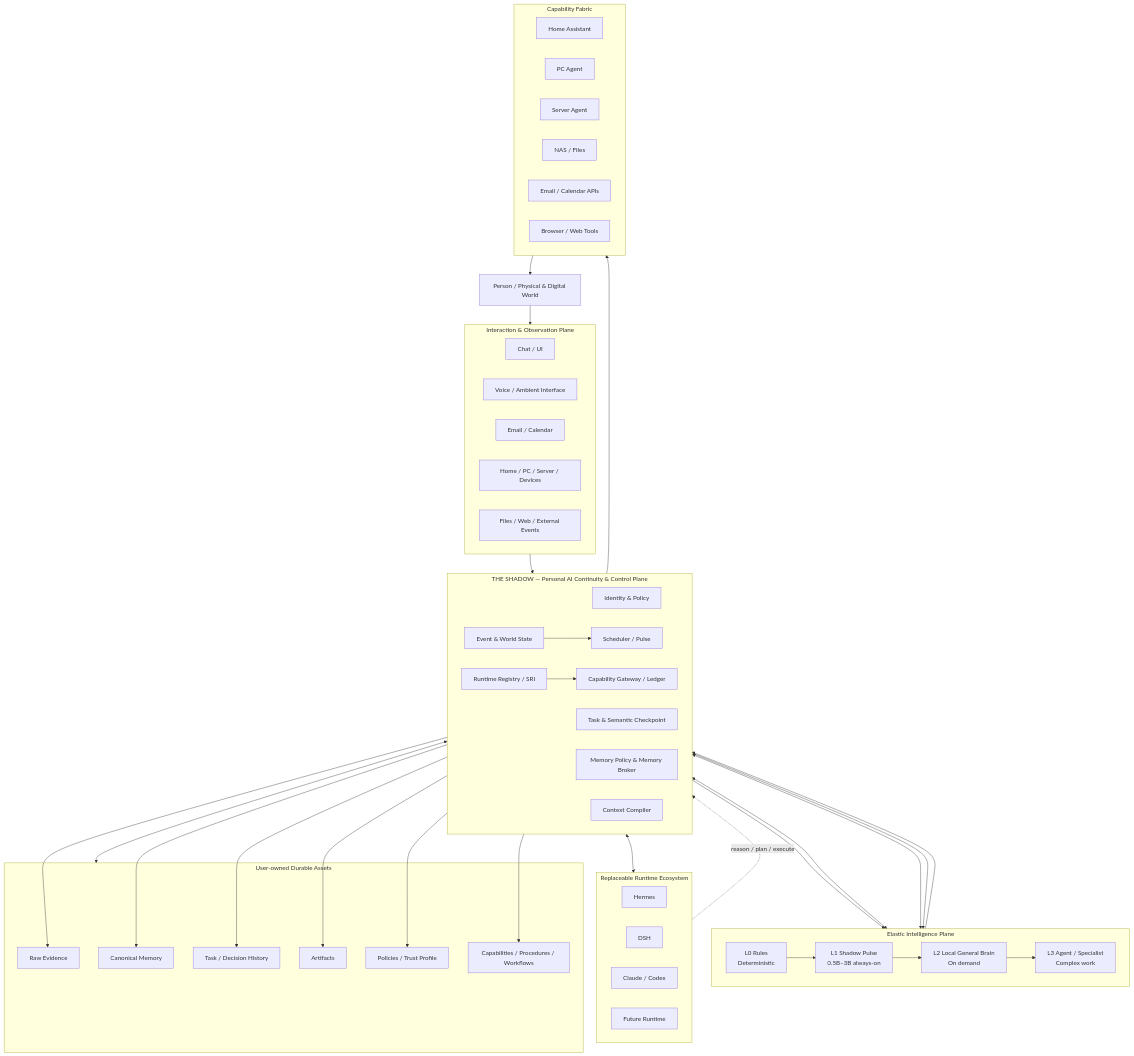
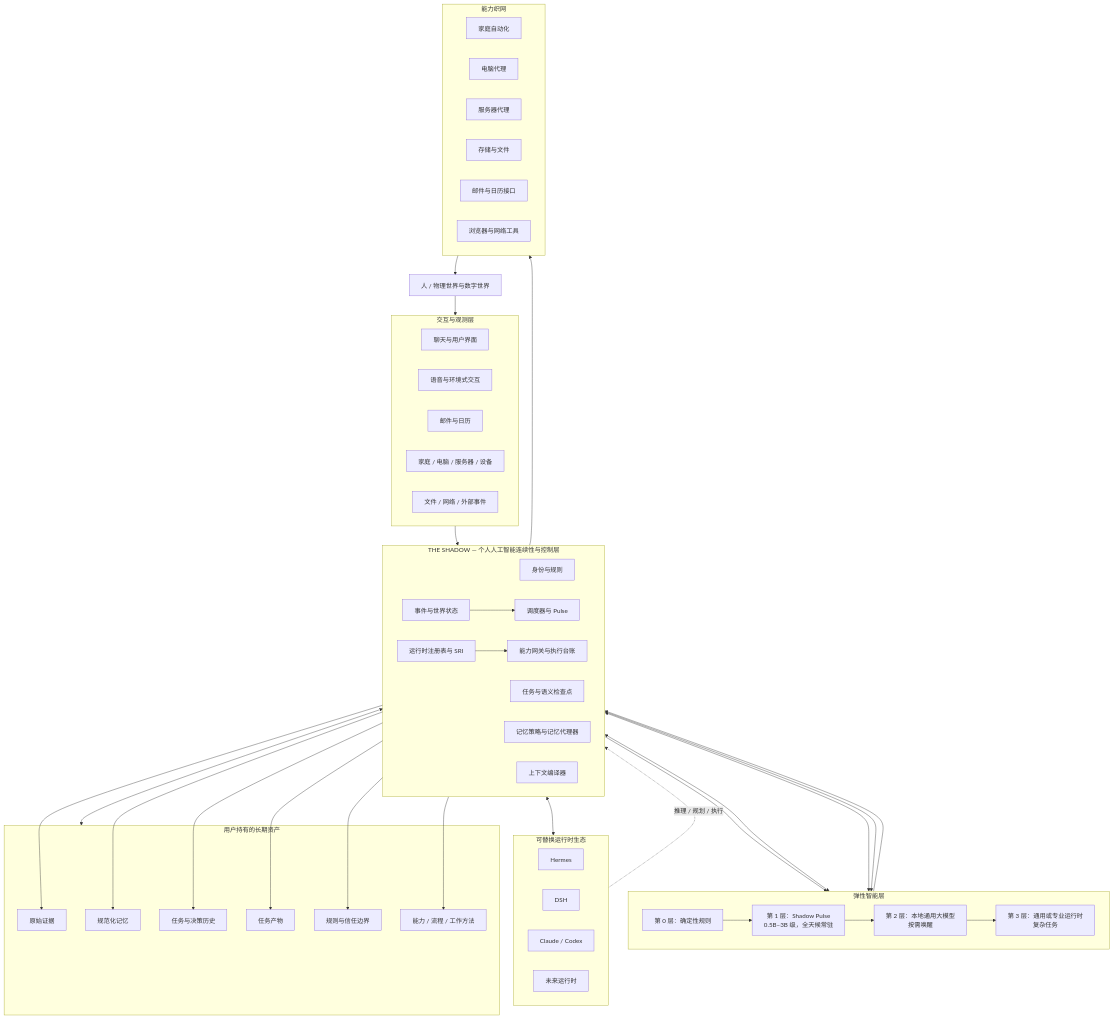
The diagram in README.md (wzw57/OpenShadow), drawn with Mermaid before and after one commit. The commit also changed other lines of this file, not shown here.

````diff
--- a/README.md
+++ b/README.md
@@ -295,80 +261,80 @@
 ```mermaid
 flowchart TB
-    U["Person / Physical & Digital World"]
+    U["人 / 物理世界与数字世界"]
 
-    subgraph OBS["Interaction & Observation Plane"]
-        CHAT["Chat / UI"]
-        VOICE["Voice / Ambient Interface"]
-        MAIL["Email / Calendar"]
-        DEV["Home / PC / Server / Devices"]
-        EXT["Files / Web / External Events"]
+    subgraph OBS["交互与观测层"]
+        CHAT["聊天与用户界面"]
+        VOICE["语音与环境式交互"]
+        MAIL["邮件与日历"]
+        DEV["家庭 / 电脑 / 服务器 / 设备"]
+        EXT["文件 / 网络 / 外部事件"]
     end
 
-    subgraph SHADOW["THE SHADOW — Personal AI Continuity & Control Plane"]
+    subgraph SHADOW["THE SHADOW — 个人人工智能连续性与控制层"]
         direction LR
-        ID["Identity & Policy"]
-        EVT["Event & World State"]
-        TASK["Task & Semantic Checkpoint"]
-        MEM["Memory Policy & Memory Broker"]
-        CTX["Context Compiler"]
-        CTRL["Runtime Registry / SRI"]
-        CAP["Capability Gateway / Ledger"]
-        ATT["Scheduler / Pulse"]
+        ID["身份与规则"]
+        EVT["事件与世界状态"]
+        TASK["任务与语义检查点"]
+        MEM["记忆策略与记忆代理器"]
+        CTX["上下文编译器"]
+        CTRL["运行时注册表与 SRI"]
+        CAP["能力网关与执行台账"]
+        ATT["调度器与 Pulse"]
     end
 
-    subgraph INTEL["Elastic Intelligence Plane"]
+    subgraph INTEL["弹性智能层"]
         direction LR
-        L0["L0 Rules\nDeterministic"]
-        L1["L1 Shadow Pulse\n0.5B–3B always-on"]
-        L2["L2 Local General Brain\nOn demand"]
-        L3["L3 Agent / Specialist\nComplex work"]
+        L0["第 0 层：确定性规则"]
+        L1["第 1 层：Shadow Pulse\n0.5B–3B 级，全天候常驻"]
+        L2["第 2 层：本地通用大模型\n按需唤醒"]
+        L3["第 3 层：通用或专业运行时\n复杂任务"]
         L0 --> L1 --> L2 --> L3
     end
 
-    subgraph RT["Replaceable Runtime Ecosystem"]
+    subgraph RT["可替换运行时生态"]
         H["Hermes"]
         D["DSH"]
         C["Claude / Codex"]
-        F["Future Runtime"]
+        F["未来运行时"]
     end
 
-    subgraph FABRIC["Capability Fabric"]
-        HA["Home Assistant"]
-        PC["PC Agent"]
-        SRV["Server Agent"]
-        NAS["NAS / Files"]
-        API["Email / Calendar APIs"]
-        WEB["Browser / Web Tools"]
+    subgraph FABRIC["能力织网"]
+        HA["家庭自动化"]
+        PC["电脑代理"]
+        SRV["服务器代理"]
+        NAS["存储与文件"]
+        API["邮件与日历接口"]
+        WEB["浏览器与网络工具"]
     end
 
-    subgraph ASSET["User-owned Durable Assets"]
-        RAW["Raw Evidence"]
-        CM["Canonical Memory"]
-        TH["Task / Decision History"]
-        ART["Artifacts"]
-        POL["Policies / Trust Profile"]
-        WF["Capabilities / Procedures / Workflows"]
+    subgraph ASSET["用户持有的长期资产"]
+        RAW["原始证据"]
+        CM["规范化记忆"]
+        TH["任务与决策历史"]
+        ART["任务产物"]
+        POL["规则与信任边界"]
+        WF["能力 / 流程 / 工作方法"]
     end
 
     U --> OBS
     OBS --> EVT
     EVT --> ATT
     ATT --> INTEL
     TASK <--> INTEL
     MEM <--> INTEL
     CTX --> INTEL
     CTRL <--> RT
     INTEL --> CTRL
-    RT -. "reason / plan / execute" .-> CTRL
+    RT -. "推理 / 规划 / 执行" .-> CTRL
     CTRL --> CAP
     CAP --> FABRIC
     FABRIC --> U
 
     ASSET <--> SHADOW
     EVT --> RAW
     MEM --> CM
     TASK --> TH
     CAP --> ART
     ID --> POL
     CAP --> WF
 ```
````
